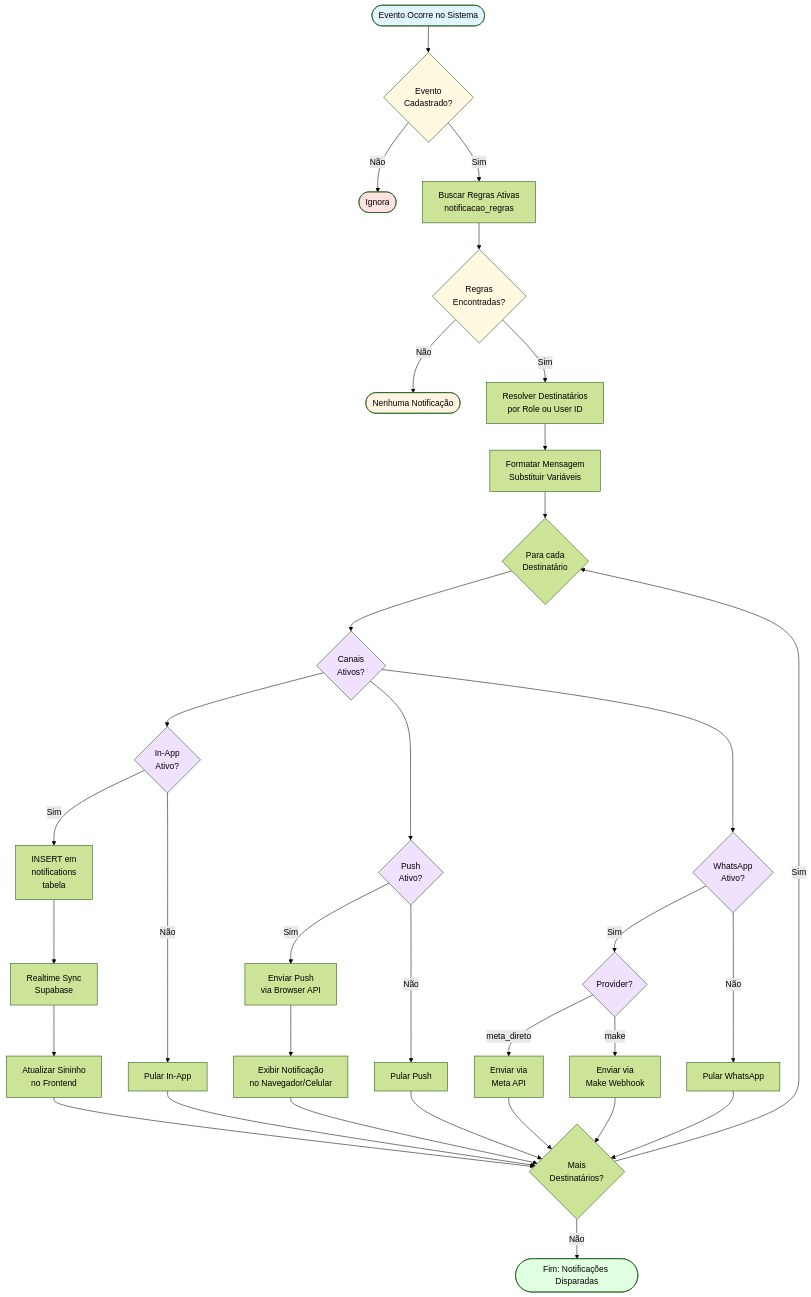
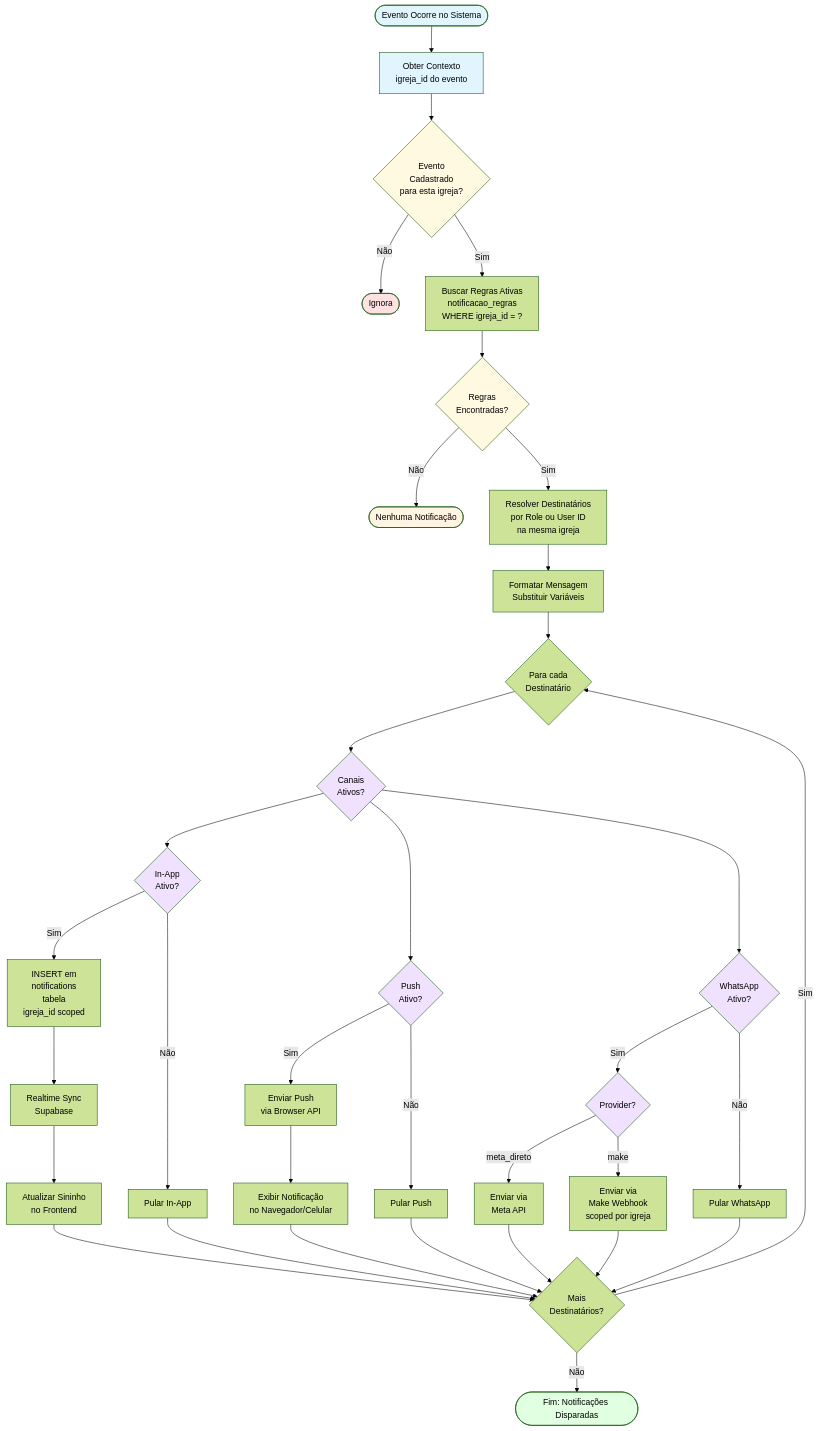
One commit to adrianoapc/igreja-carvalho changed the first of 4 diagrams in docs/diagramas/fluxo-notificacoes.md. Above: the diagram before and after it, drawn with Mermaid (forest theme). The commit also changed other lines of this file and 13 other files, not shown here.

````diff
--- a/docs/diagramas/fluxo-notificacoes.md
+++ b/docs/diagramas/fluxo-notificacoes.md
@@ -7,60 +11,63 @@
 ```mermaid
 flowchart TD
-    Start([Evento Ocorre no Sistema]) --> CheckEvent{Evento<br/>Cadastrado?}
-    
+    Start([Evento Ocorre no Sistema]) --> GetContext[Obter Contexto<br/>igreja_id do evento]
+
+    GetContext --> CheckEvent{Evento<br/>Cadastrado<br/>para esta igreja?}
+
     CheckEvent -->|Não| End1([Ignora])
-    CheckEvent -->|Sim| GetRules[Buscar Regras Ativas<br/>notificacao_regras]
-    
+    CheckEvent -->|Sim| GetRules[Buscar Regras Ativas<br/>notificacao_regras<br/>WHERE igreja_id = ?]
+
     GetRules --> HasRules{Regras<br/>Encontradas?}
-    
+
     HasRules -->|Não| End2([Nenhuma Notificação])
-    HasRules -->|Sim| ResolveRecipients[Resolver Destinatários<br/>por Role ou User ID]
-    
+    HasRules -->|Sim| ResolveRecipients[Resolver Destinatários<br/>por Role ou User ID<br/>na mesma igreja]
+
     ResolveRecipients --> FormatTemplate[Formatar Mensagem<br/>Substituir Variáveis]
-    
+
     FormatTemplate --> DeliveryLoop{Para cada<br/>Destinatário}
-    
+
     DeliveryLoop --> CheckChannels{Canais<br/>Ativos?}
-    
+
     CheckChannels --> InApp{In-App<br/>Ativo?}
-    InApp -->|Sim| InsertNotification[INSERT em<br/>notifications<br/>tabela]
+    InApp -->|Sim| InsertNotification[INSERT em<br/>notifications<br/>tabela<br/>igreja_id scoped]
     InsertNotification --> RealtimeSync[Realtime Sync<br/>Supabase]
     RealtimeSync --> UpdateBell[Atualizar Sininho<br/>no Frontend]
-    
+
     CheckChannels --> Push{Push<br/>Ativo?}
     Push -->|Sim| SendPush[Enviar Push<br/>via Browser API]
     SendPush --> ShowBrowserNotif[Exibir Notificação<br/>no Navegador/Celular]
-    
+
     CheckChannels --> WhatsApp{WhatsApp<br/>Ativo?}
     WhatsApp -->|Sim| CheckProvider{Provider?}
     CheckProvider -->|meta_direto| MetaAPI[Enviar via<br/>Meta API]
-    CheckProvider -->|make| MakeWebhook[Enviar via<br/>Make Webhook]
-    
+    CheckProvider -->|make| MakeWebhook[Enviar via<br/>Make Webhook<br/>scoped por igreja]
+
     InApp -->|Não| SkipInApp[Pular In-App]
     Push -->|Não| SkipPush[Pular Push]
     WhatsApp -->|Não| SkipWhatsApp[Pular WhatsApp]
-    
+
     UpdateBell --> NextRecipient
     ShowBrowserNotif --> NextRecipient
     MetaAPI --> NextRecipient
     MakeWebhook --> NextRecipient
     SkipInApp --> NextRecipient
     SkipPush --> NextRecipient
     SkipWhatsApp --> NextRecipient
-    
+
     NextRecipient{Mais<br/>Destinatários?}
     NextRecipient -->|Sim| DeliveryLoop
     NextRecipient -->|Não| End3([Fim: Notificações Disparadas])
-    
+
     style Start fill:#e1f5ff
     style End1 fill:#ffe1e1
     style End2 fill:#fff4e1
     style End3 fill:#e1ffe1
     style CheckEvent fill:#fff9e1
     style HasRules fill:#fff9e1
     style CheckChannels fill:#f0e1ff
     style InApp fill:#f0e1ff
     style Push fill:#f0e1ff
     style WhatsApp fill:#f0e1ff
     style CheckProvider fill:#f0e1ff
+    style GetContext fill:#e1f5ff
 ```
````
